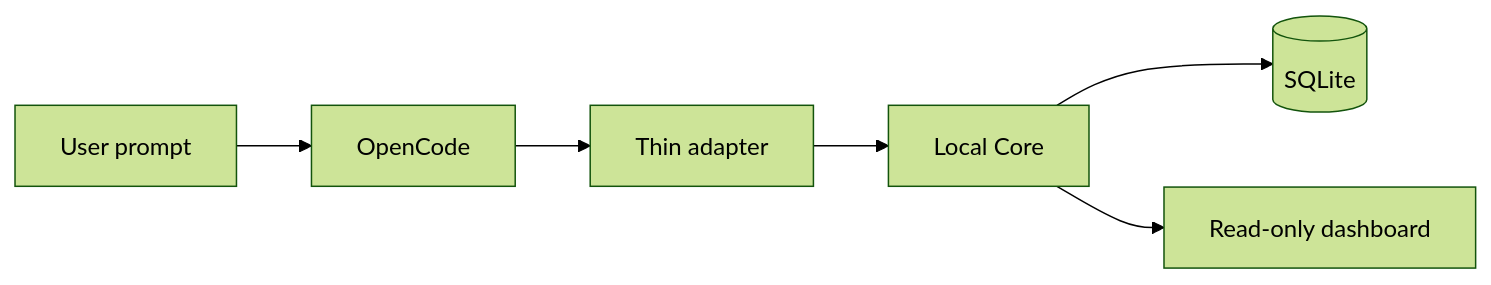
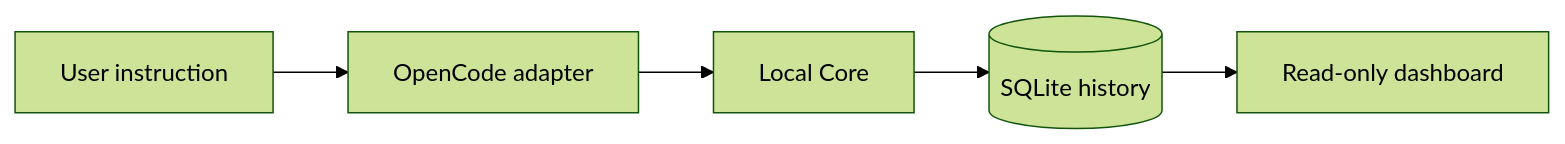
Before and after one commit to pablozr/Crucible: the diagram in README.md, drawn with Mermaid (forest theme). The commit also changed other lines of this file, not shown here.

````diff
--- a/README.md
+++ b/README.md
@@ -42,8 +44,7 @@
 ```mermaid
 flowchart LR
-  P[User prompt] --> O[OpenCode]
-  O --> A[Thin adapter]
-  A --> C[Local Core]
-  C --> S[(SQLite)]
-  C --> D[Read-only dashboard]
+    A[User instruction] --> B[OpenCode adapter]
+    B --> C[Local Core]
+    C --> D[(SQLite history)]
+    D --> E[Read-only dashboard]
 ```
````
